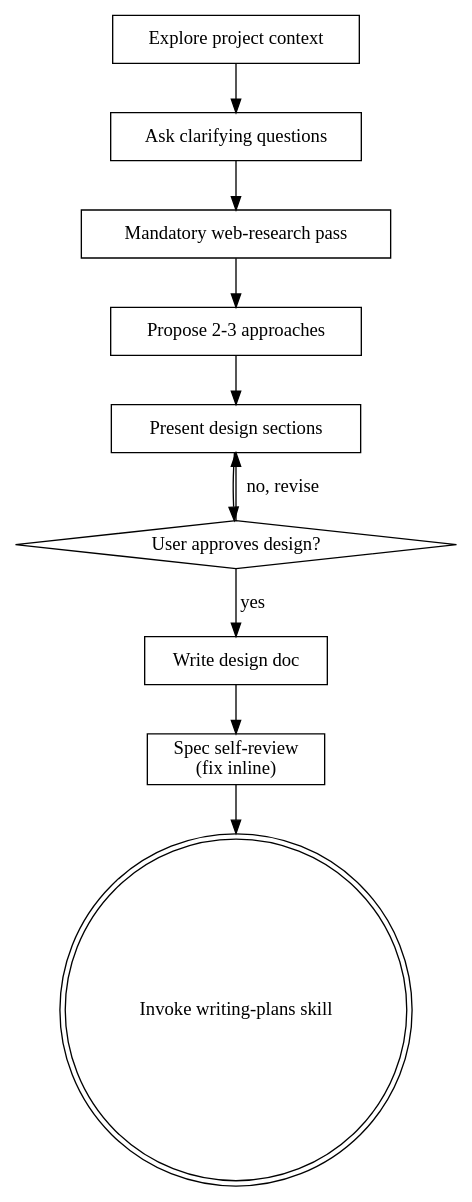
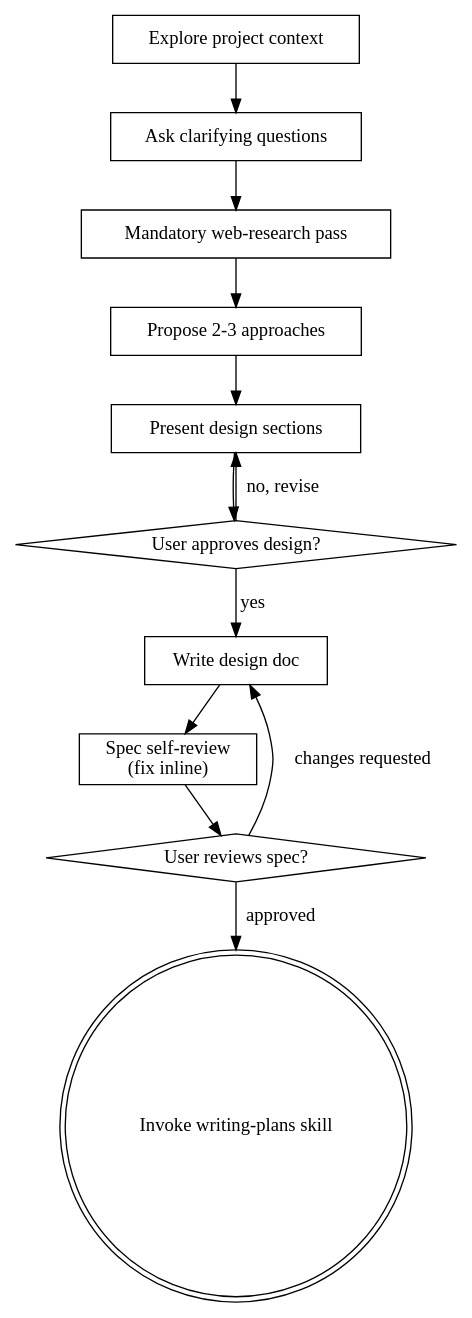
Before and after one commit to wenindoubt/superpowers: the diagram in skills/brainstorming/SKILL.md, drawn with Graphviz. The commit also changed other lines of this file and 26 other files, not shown here.

````diff
--- a/skills/brainstorming/SKILL.md
+++ b/skills/brainstorming/SKILL.md
@@ -49,23 +37,26 @@
 ```dot
 digraph brainstorming {
     "Explore project context" [shape=box];
     "Ask clarifying questions" [shape=box];
     "Mandatory web-research pass" [shape=box];
     "Propose 2-3 approaches" [shape=box];
     "Present design sections" [shape=box];
     "User approves design?" [shape=diamond];
     "Write design doc" [shape=box];
     "Spec self-review\n(fix inline)" [shape=box];
+    "User reviews spec?" [shape=diamond];
     "Invoke writing-plans skill" [shape=doublecircle];
 
     "Explore project context" -> "Ask clarifying questions";
     "Ask clarifying questions" -> "Mandatory web-research pass";
     "Mandatory web-research pass" -> "Propose 2-3 approaches";
     "Propose 2-3 approaches" -> "Present design sections";
     "Present design sections" -> "User approves design?";
     "User approves design?" -> "Present design sections" [label="no, revise"];
     "User approves design?" -> "Write design doc" [label="yes"];
     "Write design doc" -> "Spec self-review\n(fix inline)";
-    "Spec self-review\n(fix inline)" -> "Invoke writing-plans skill";
+    "Spec self-review\n(fix inline)" -> "User reviews spec?";
+    "User reviews spec?" -> "Write design doc" [label="changes requested"];
+    "User reviews spec?" -> "Invoke writing-plans skill" [label="approved"];
 }
 ```
````
